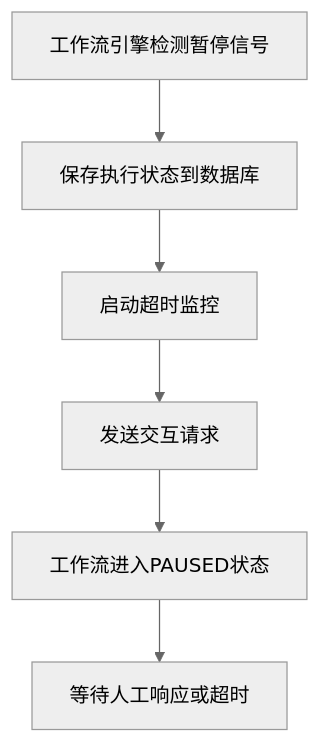
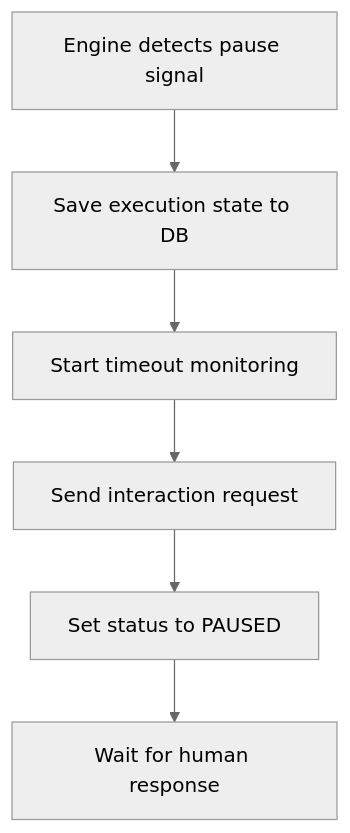
Before and after one commit to CurvatureX/agent_team_monorepo: the second of 5 diagrams in docs/tech-design/new_workflow_spec.md, drawn with Mermaid (neutral theme). The commit also changed other lines of this file and 22 other files, not shown here.

````diff
--- a/docs/tech-design/new_workflow_spec.md
+++ b/docs/tech-design/new_workflow_spec.md
@@ -957,8 +1246,8 @@
 ```mermaid
 graph TD
-    A[工作流引擎检测暂停信号] --> B[保存执行状态到数据库]
-    B --> C[启动超时监控]
-    C --> D[发送交互请求]
-    D --> E[工作流进入PAUSED状态]
-    E --> F[等待人工响应或超时]
+    A[Engine detects pause signal] --> B[Save execution state to DB]
+    B --> C[Start timeout monitoring]
+    C --> D[Send interaction request]
+    D --> E[Set status to PAUSED]
+    E --> F[Wait for human response]
 ```
````
